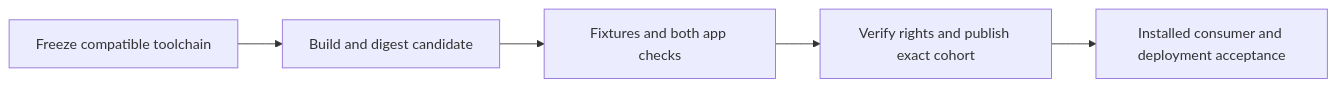
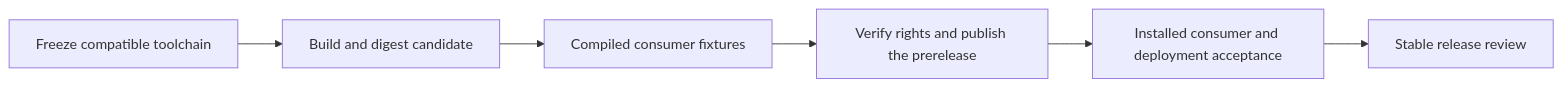
One commit to vypdev/ha-ui changed the first of 2 diagrams in specs/shared-ui-framework-delivery.md. Above: the diagram before and after it, drawn with Mermaid. The commit also changed other lines of this file and 8 other files, not shown here.

Commit message:
ci: publish the verified npm prerelease cohort

````diff
--- a/specs/shared-ui-framework-delivery.md
+++ b/specs/shared-ui-framework-delivery.md
@@ -93,7 +93,8 @@
 ```mermaid
 flowchart LR
     A[Freeze compatible toolchain] --> B[Build and digest candidate]
-    B --> C[Fixtures and both app checks]
-    C --> D[Verify rights and publish exact cohort]
+    B --> C[Compiled consumer fixtures]
+    C --> D[Verify rights and publish the prerelease]
     D --> E[Installed consumer and deployment acceptance]
+    E --> F[Stable release review]
 ```
````
